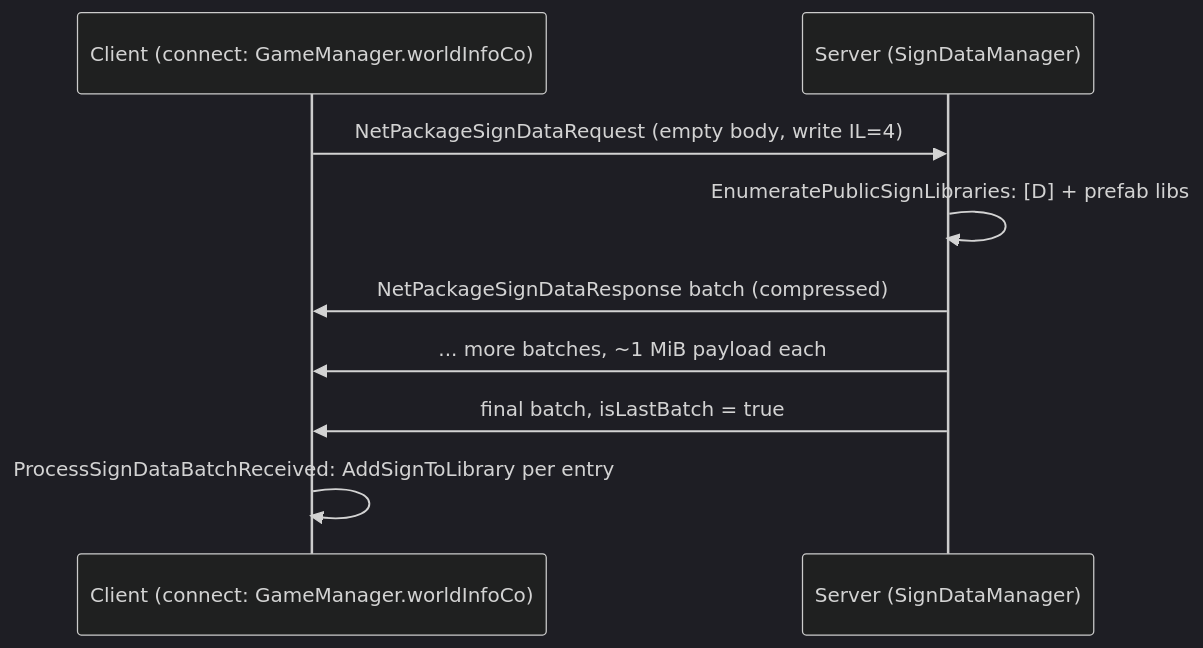
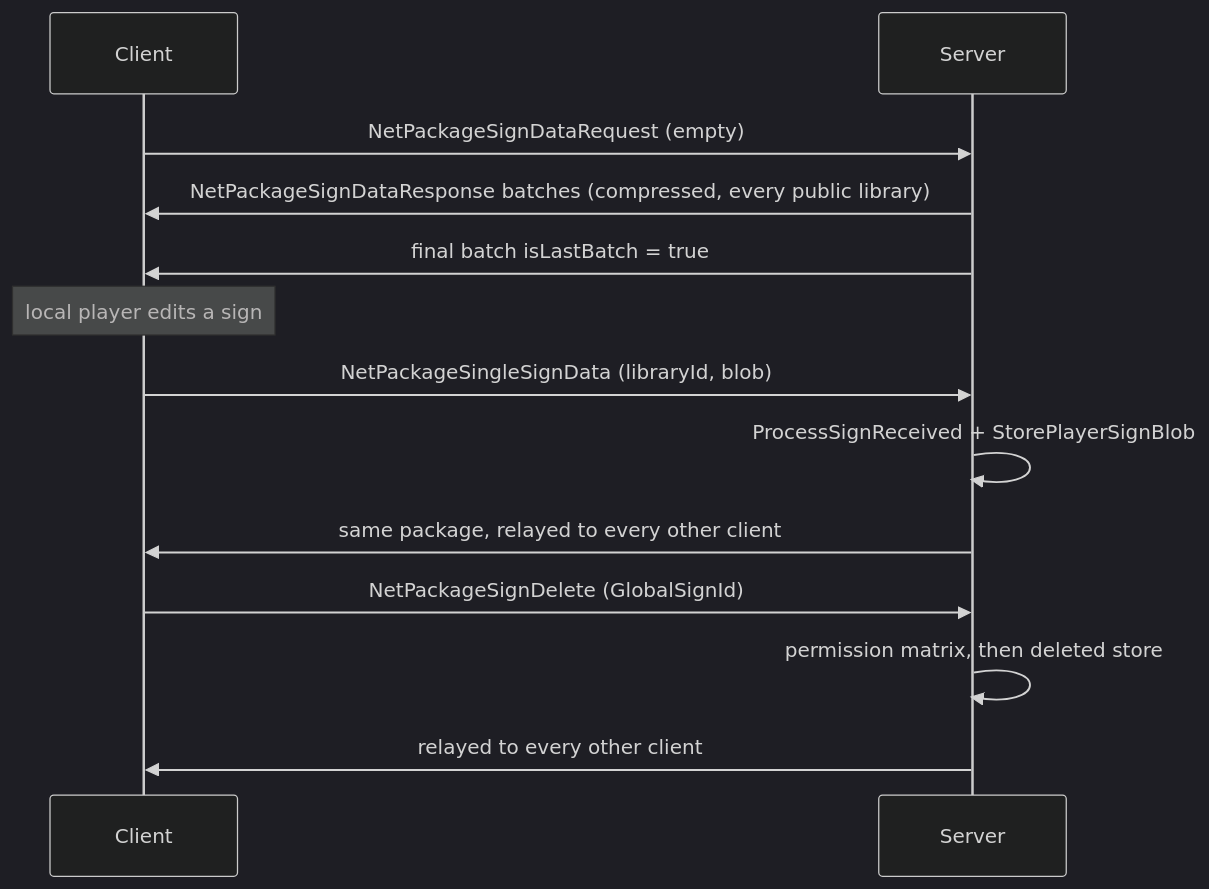
One commit to hordeforge/7dtd-engine-research changed the second of 2 diagrams in docs/gameplay/signs.md. Above: the diagram before and after it, drawn with Mermaid (dark theme). The commit also changed other lines of this file and 41 other files, not shown here.

````diff
--- a/docs/gameplay/signs.md
+++ b/docs/gameplay/signs.md
@@ -155,11 +409,15 @@
 ```mermaid
 sequenceDiagram
-    participant C as Client (connect: GameManager.worldInfoCo)
-    participant S as Server (SignDataManager)
-    C->>S: NetPackageSignDataRequest (empty body, write IL=4)
-    S->>S: EnumeratePublicSignLibraries: [D] + prefab libs
-    S->>C: NetPackageSignDataResponse batch (compressed)
-    S->>C: ... more batches, ~1 MiB payload each
-    S->>C: final batch, isLastBatch = true
-    C->>C: ProcessSignDataBatchReceived: AddSignToLibrary per entry
+    participant C as Client
+    participant S as Server
+    C->>S: NetPackageSignDataRequest (empty)
+    S->>C: NetPackageSignDataResponse batches (compressed, every public library)
+    S->>C: final batch isLastBatch = true
+    Note over C: local player edits a sign
+    C->>S: NetPackageSingleSignData (libraryId, blob)
+    S->>S: ProcessSignReceived + StorePlayerSignBlob
+    S->>C: same package, relayed to every other client
+    C->>S: NetPackageSignDelete (GlobalSignId)
+    S->>S: permission matrix, then deleted store
+    S->>C: relayed to every other client
 ```
````
